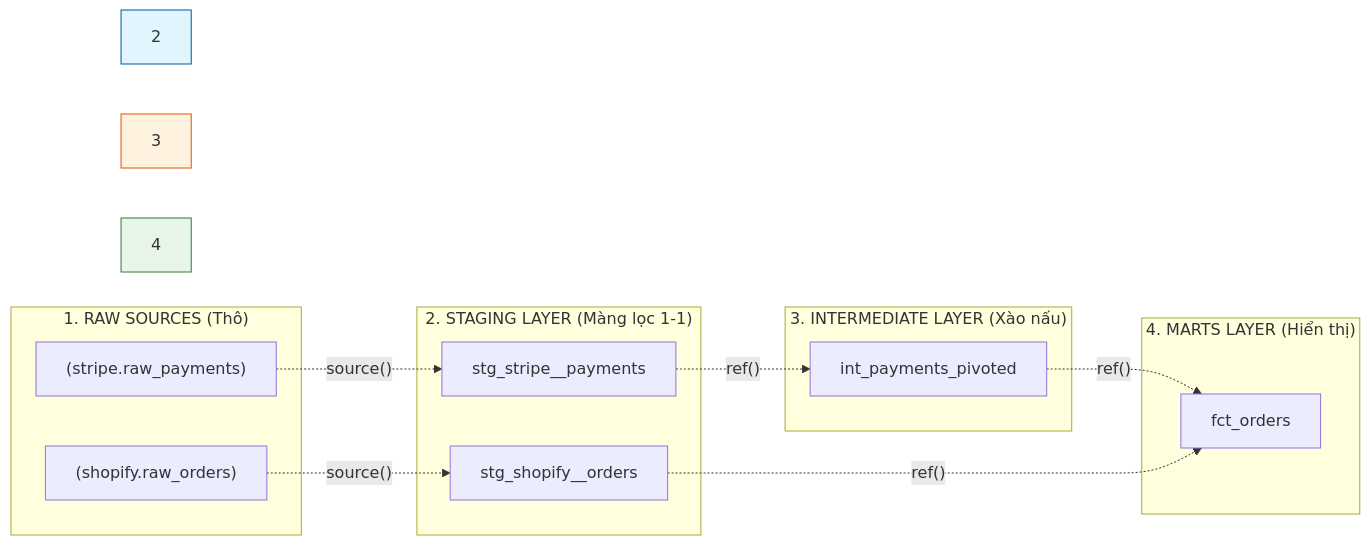
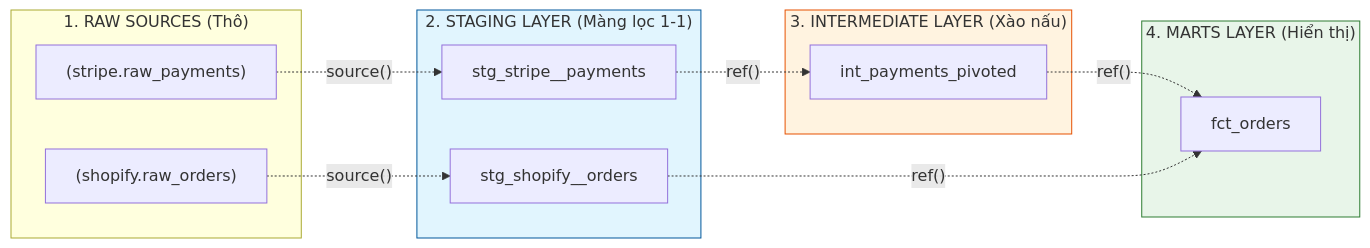
One commit to kythuatdulieu/kythuatdulieu.github.io changed the diagram in src/content/docs/concepts/transformation-analytics/dbt-models.md. Above: the diagram before and after it, drawn with Mermaid. The commit also changed other lines of this file and 175 other files, not shown here.

Commit message:
docs: content audit, correct Mermaid diagrams, fix external links, and auto-inject popovers

````diff
--- a/src/content/docs/concepts/transformation-analytics/dbt-models.md
+++ b/src/content/docs/concepts/transformation-analytics/dbt-models.md
@@ -39,32 +39,32 @@
 ```mermaid
 graph LR
-    subgraph "1. RAW SOURCES (Thô)"
+    subgraph RawLayer ["1. RAW SOURCES (Thô)"]
         A["(stripe.raw_payments)"]
         B["(shopify.raw_orders)"]
     end
 
-    subgraph "2. STAGING LAYER (Màng lọc 1-1)"
+    subgraph StagingLayer ["2. STAGING LAYER (Màng lọc 1-1)"]
         C["stg_stripe__payments"]
         D["stg_shopify__orders"]
     end
 
-    subgraph "3. INTERMEDIATE LAYER (Xào nấu)"
+    subgraph IntermediateLayer ["3. INTERMEDIATE LAYER (Xào nấu)"]
         E["int_payments_pivoted"]
     end
 
-    subgraph "4. MARTS LAYER (Hiển thị)"
+    subgraph MartsLayer ["4. MARTS LAYER (Hiển thị)"]
         F["fct_orders"]
     end
 
     A -. source() .-> C
     B -. source() .-> D
     
     C -. ref() .-> E
     
     E -. ref() .-> F
     D -. ref() .-> F
 
-    style 2 fill:#e1f5fe,stroke:#01579b
-    style 3 fill:#fff3e0,stroke:#e65100
-    style 4 fill:#e8f5e9,stroke:#2e7d32
+    style StagingLayer fill:#e1f5fe,stroke:#01579b
+    style IntermediateLayer fill:#fff3e0,stroke:#e65100
+    style MartsLayer fill:#e8f5e9,stroke:#2e7d32
 ```
````
